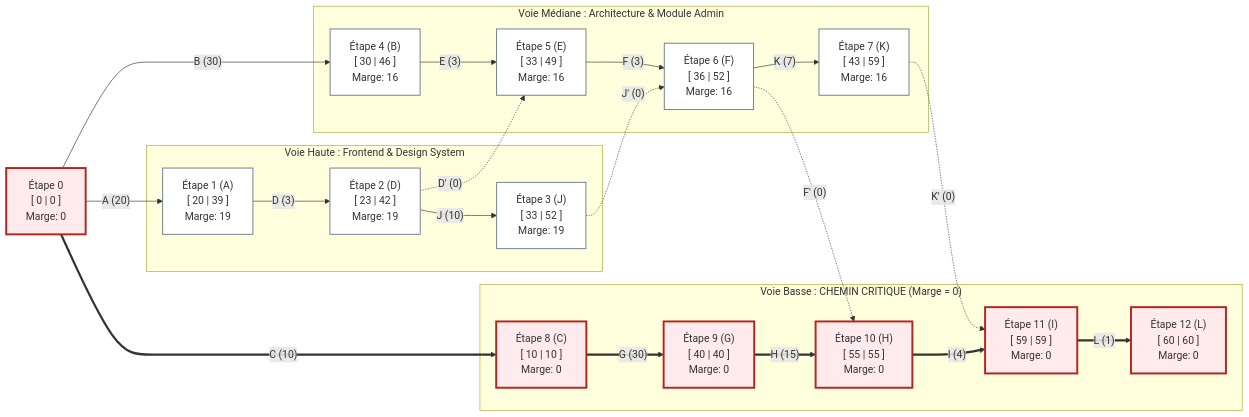
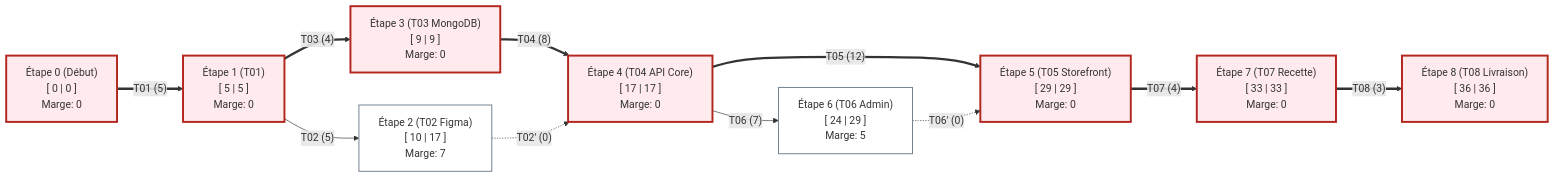
The fifth of 8 diagrams in README.md (Cherkaoui7/aurora_store), drawn with Mermaid before and after one commit. The commit also changed other lines of this file and 2 other files, not shown here.

````diff
--- a/README.md
+++ b/README.md
@@ -420,48 +414,26 @@
 ```mermaid
 flowchart LR
     classDef critNode fill:#ffebee,stroke:#b3261e,stroke-width:3px;
     classDef floatNode fill:#ffffff,stroke:#708090,stroke-width:1.5px;
 
-    Start["Étape 0<br/>[ 0 | 0 ]<br/>Marge: 0"]:::critNode
-    
-    subgraph Voie_Haute ["Voie Haute : Frontend & Design System"]
-        N1["Étape 1 (A)<br/>[ 20 | 39 ]<br/>Marge: 19"]:::floatNode
-        N2["Étape 2 (D)<br/>[ 23 | 42 ]<br/>Marge: 19"]:::floatNode
-        N3["Étape 3 (J)<br/>[ 33 | 52 ]<br/>Marge: 19"]:::floatNode
-    end
+    Start["Étape 0 (Début)<br/>[ 0 | 0 ]<br/>Marge: 0"]:::critNode
+    N1["Étape 1 (T01)<br/>[ 5 | 5 ]<br/>Marge: 0"]:::critNode
+    N2["Étape 2 (T02 Figma)<br/>[ 10 | 17 ]<br/>Marge: 7"]:::floatNode
+    N3["Étape 3 (T03 MongoDB)<br/>[ 9 | 9 ]<br/>Marge: 0"]:::critNode
+    N4["Étape 4 (T04 API Core)<br/>[ 17 | 17 ]<br/>Marge: 0"]:::critNode
+    N6["Étape 6 (T06 Admin)<br/>[ 24 | 29 ]<br/>Marge: 5"]:::floatNode
+    N5["Étape 5 (T05 Storefront)<br/>[ 29 | 29 ]<br/>Marge: 0"]:::critNode
+    N7["Étape 7 (T07 Recette)<br/>[ 33 | 33 ]<br/>Marge: 0"]:::critNode
+    N8["Étape 8 (T08 Livraison)<br/>[ 36 | 36 ]<br/>Marge: 0"]:::critNode
 
-    subgraph Voie_Mediane ["Voie Médiane : Architecture & Module Admin"]
-        N4["Étape 4 (B)<br/>[ 30 | 46 ]<br/>Marge: 16"]:::floatNode
-        N5["Étape 5 (E)<br/>[ 33 | 49 ]<br/>Marge: 16"]:::floatNode
-        N6["Étape 6 (F)<br/>[ 36 | 52 ]<br/>Marge: 16"]:::floatNode
-        N7["Étape 7 (K)<br/>[ 43 | 59 ]<br/>Marge: 16"]:::floatNode
-    end
-
-    subgraph Voie_Basse ["Voie Basse : CHEMIN CRITIQUE (Marge = 0)"]
-        N8["Étape 8 (C)<br/>[ 10 | 10 ]<br/>Marge: 0"]:::critNode
-        N9["Étape 9 (G)<br/>[ 40 | 40 ]<br/>Marge: 0"]:::critNode
-        N10["Étape 10 (H)<br/>[ 55 | 55 ]<br/>Marge: 0"]:::critNode
-        N11["Étape 11 (I)<br/>[ 59 | 59 ]<br/>Marge: 0"]:::critNode
-        N12["Étape 12 (L)<br/>[ 60 | 60 ]<br/>Marge: 0"]:::critNode
-    end
-
-    Start -->|"A (20)"| N1
-    N1 -->|"D (3)"| N2
-    N2 -->|"J (10)"| N3
-
-    Start -->|"B (30)"| N4
-    N4 -->|"E (3)"| N5
-    N5 -->|"F (3)"| N6
-    N6 -->|"K (7)"| N7
-
-    N2 -.->|"D' (0)"| N5
-    N3 -.->|"J' (0)"| N6
-
-    Start ==>|"C (10)"| N8
-    N8 ==>|"G (30)"| N9
-    N6 -.->|"F' (0)"| N10
-    N9 ==>|"H (15)"| N10
-    N7 -.->|"K' (0)"| N11
-    N10 ==>|"I (4)"| N11
-    N11 ==>|"L (1)"| N12
+    Start ==>|"T01 (5)"| N1
+    N1 -->|"T02 (5)"| N2
+    N1 ==>|"T03 (4)"| N3
+    N3 ==>|"T04 (8)"| N4
+    N2 -.->|"T02' (0)"| N4
+    N4 -->|"T06 (7)"| N6
+    N4 ==>|"T05 (12)"| N5
+    N6 -.->|"T06' (0)"| N5
+    N5 ==>|"T07 (4)"| N7
+    N7 ==>|"T08 (3)"| N8
 ```
````
